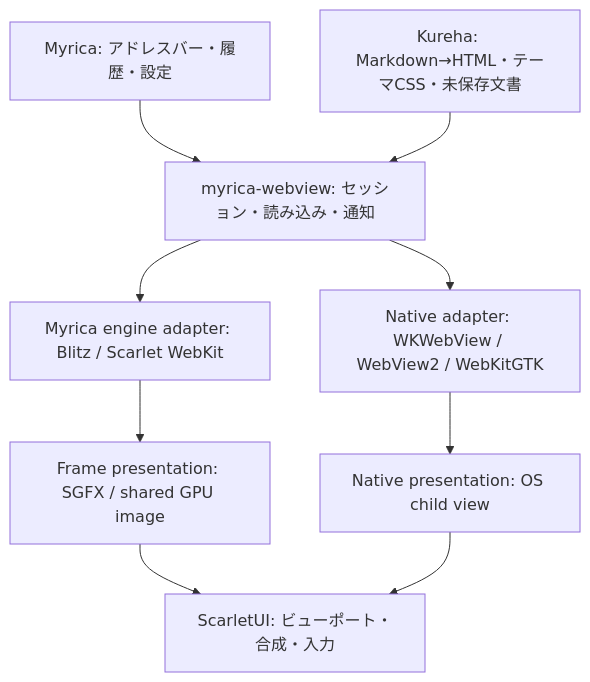
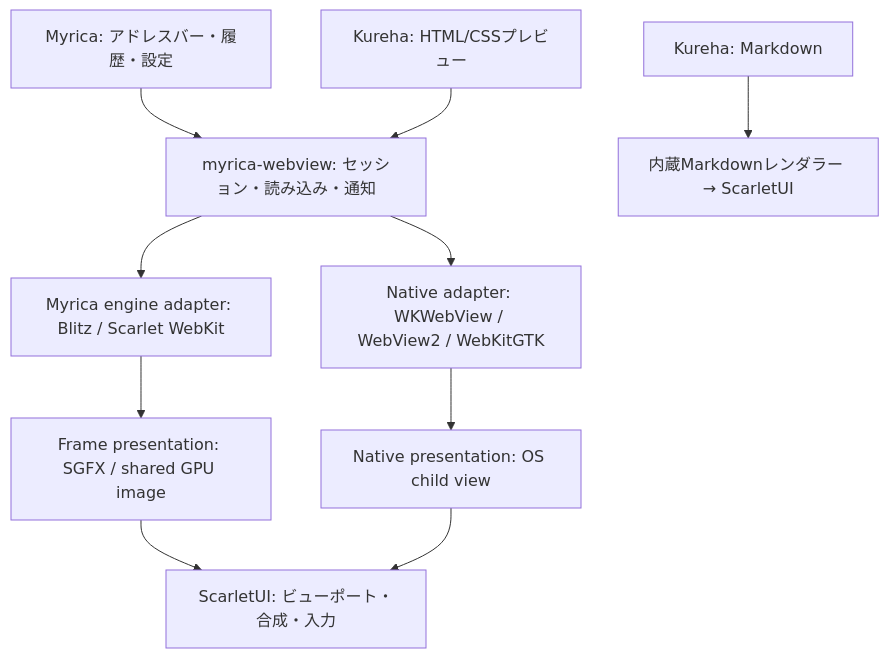
Before and after one commit to petitstrawberry/kureha-code: the diagram in docs/webview.md, drawn with Mermaid. The commit also changed other lines of this file and 16 other files, not shown here.

````diff
--- a/docs/webview.md
+++ b/docs/webview.md
@@ -12,11 +13,12 @@
 ```mermaid
 flowchart TD
   M[Myrica: アドレスバー・履歴・設定] --> W[myrica-webview: セッション・読み込み・通知]
-  K[Kureha: Markdown→HTML・テーマCSS・未保存文書] --> W
+  K[Kureha: HTML/CSSプレビュー] --> W
+  MD[Kureha: Markdown] --> R[内蔵Markdownレンダラー → ScarletUI]
   W --> E[Myrica engine adapter: Blitz / Scarlet WebKit]
   W --> N[Native adapter: WKWebView / WebView2 / WebKitGTK]
   E --> F[Frame presentation: SGFX / shared GPU image]
   N --> H[Native presentation: OS child view]
   F --> U[ScarletUI: ビューポート・合成・入力]
   H --> U
 ```
````
